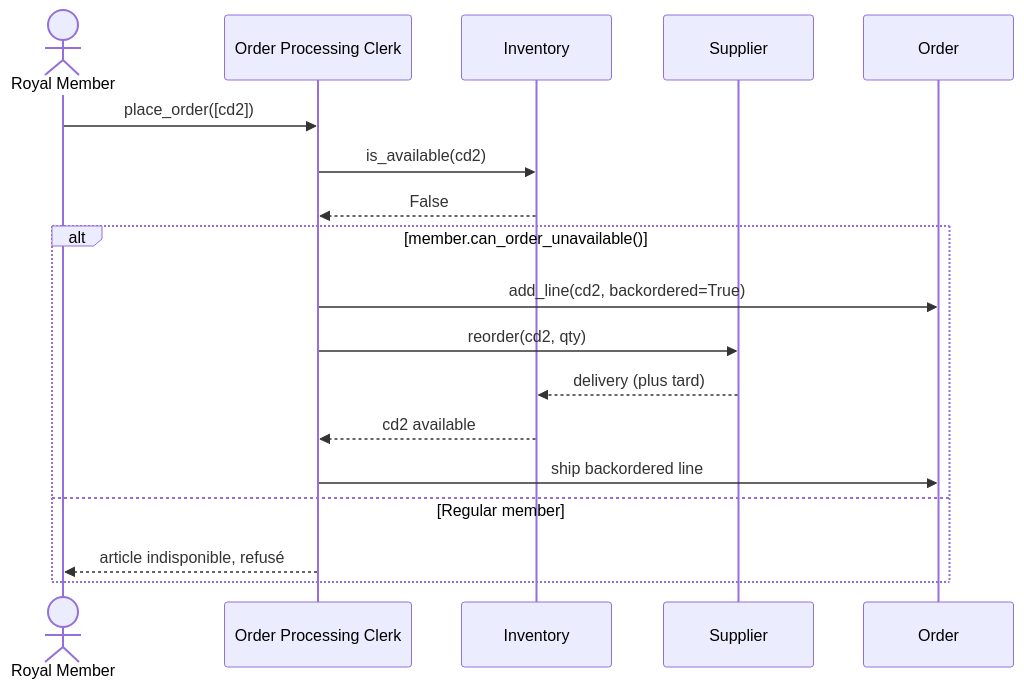
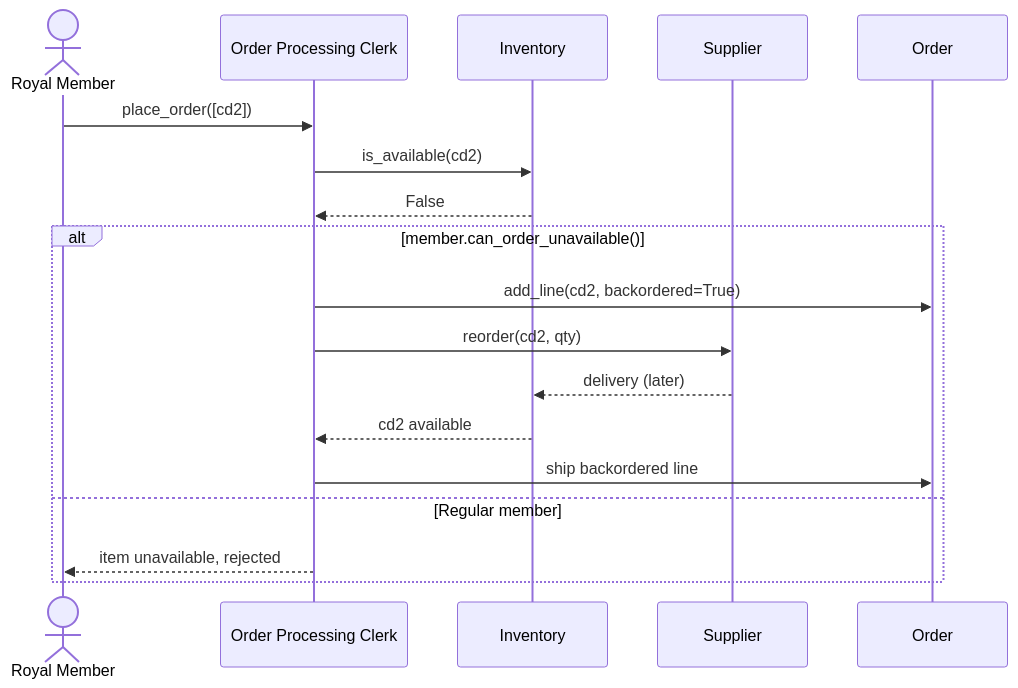
One commit to OthmanChennaoui/oop-aidams-2a-exercices changed the ninth of 9 diagrams in 04_uml/abcd_records_uml.md. Above: the diagram before and after it, drawn with Mermaid. The commit also changed other lines of this file and 32 other files, not shown here.

````diff
--- a/04_uml/abcd_records_uml.md
+++ b/04_uml/abcd_records_uml.md
@@ -335,21 +334,21 @@
 ```mermaid
 sequenceDiagram
     actor RM as Royal Member
     participant OPC as Order Processing Clerk
     participant INV as Inventory
     participant SUP as Supplier
     participant O as Order
 
     RM->>OPC: place_order([cd2])
     OPC->>INV: is_available(cd2)
     INV-->>OPC: False
     alt member.can_order_unavailable()
         OPC->>O: add_line(cd2, backordered=True)
         OPC->>SUP: reorder(cd2, qty)
-        SUP-->>INV: delivery (plus tard)
+        SUP-->>INV: delivery (later)
         INV-->>OPC: cd2 available
         OPC->>O: ship backordered line
     else Regular member
-        OPC-->>RM: article indisponible, refusé
+        OPC-->>RM: item unavailable, rejected
     end
 ```
````
